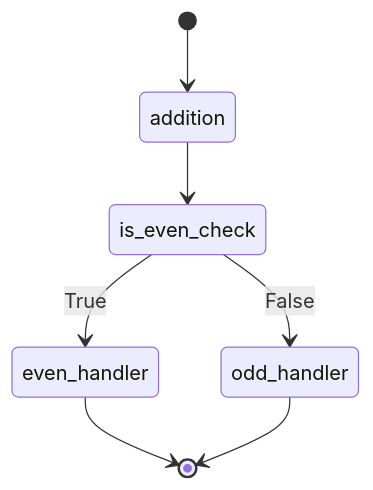
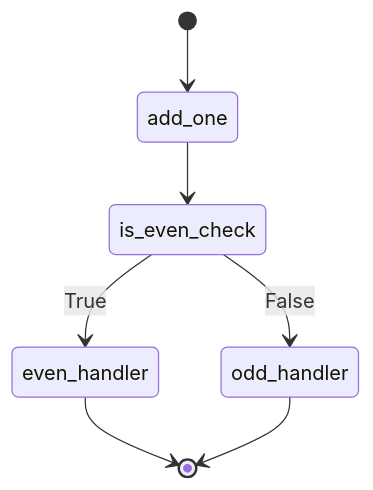
Before and after one commit to dextersjab/workflow-graph.js: the diagram in README.md, drawn with Mermaid. The commit also changed other lines of this file, not shown here.

````diff
--- a/README.md
+++ b/README.md
@@ -118,13 +118,13 @@
 ```mermaid
 stateDiagram-v2
-    state "addition" as addition
+    state "add_one" as add_one
     state "is_even_check" as is_even_check
     state "even_handler" as even_handler
     state "odd_handler" as odd_handler
-    [*] --> addition
-    addition --> is_even_check
+    [*] --> add_one
+    add_one --> is_even_check
     is_even_check --> even_handler: True
     is_even_check --> odd_handler: False
     even_handler --> [*]
     odd_handler --> [*]
 ```
````
